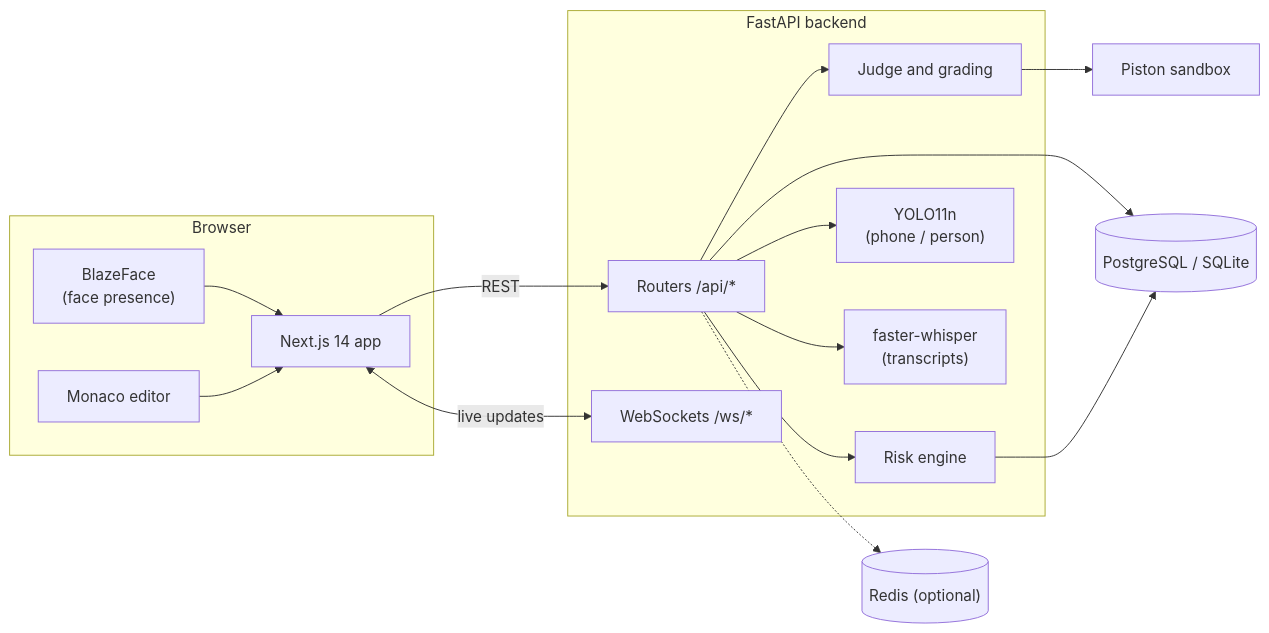
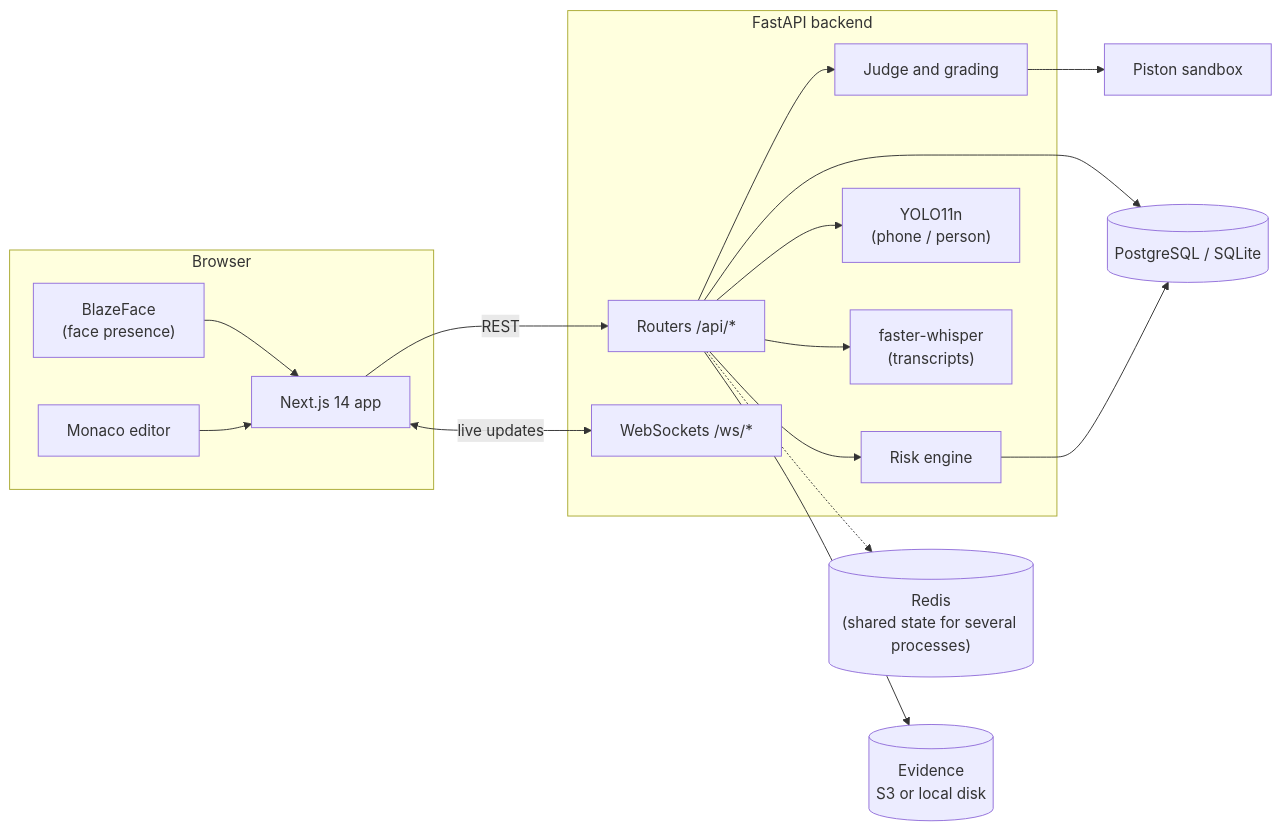
Before and after one commit to vishwa-10147/ExamSentiinel: the first of 4 diagrams in docs/ARCHITECTURE.md, drawn with Mermaid. The commit also changed other lines of this file and 16 other files, not shown here.

````diff
--- a/docs/ARCHITECTURE.md
+++ b/docs/ARCHITECTURE.md
@@ -18,33 +18,35 @@
 ```mermaid
 flowchart LR
     subgraph Browser
         UI["Next.js 14 app"]
         BF["BlazeFace<br/>(face presence)"]
         ED["Monaco editor"]
     end
 
     subgraph API["FastAPI backend"]
         R["Routers /api/*"]
         WS["WebSockets /ws/*"]
         J["Judge and grading"]
         RE["Risk engine"]
         Y["YOLO11n<br/>(phone / person)"]
         W["faster-whisper<br/>(transcripts)"]
     end
 
     DB[("PostgreSQL / SQLite")]
-    RD[("Redis (optional)")]
+    RD[("Redis<br/>(shared state for several processes)")]
     PI["Piston sandbox"]
+    EV[("Evidence<br/>S3 or local disk")]
 
     UI -- REST --> R
     UI <-- live updates --> WS
     BF --> UI
     ED --> UI
     R --> J --> PI
     R --> RE
     R --> Y
     R --> W
     R --> DB
     RE --> DB
     R -.-> RD
+    R --> EV
 ```
````
